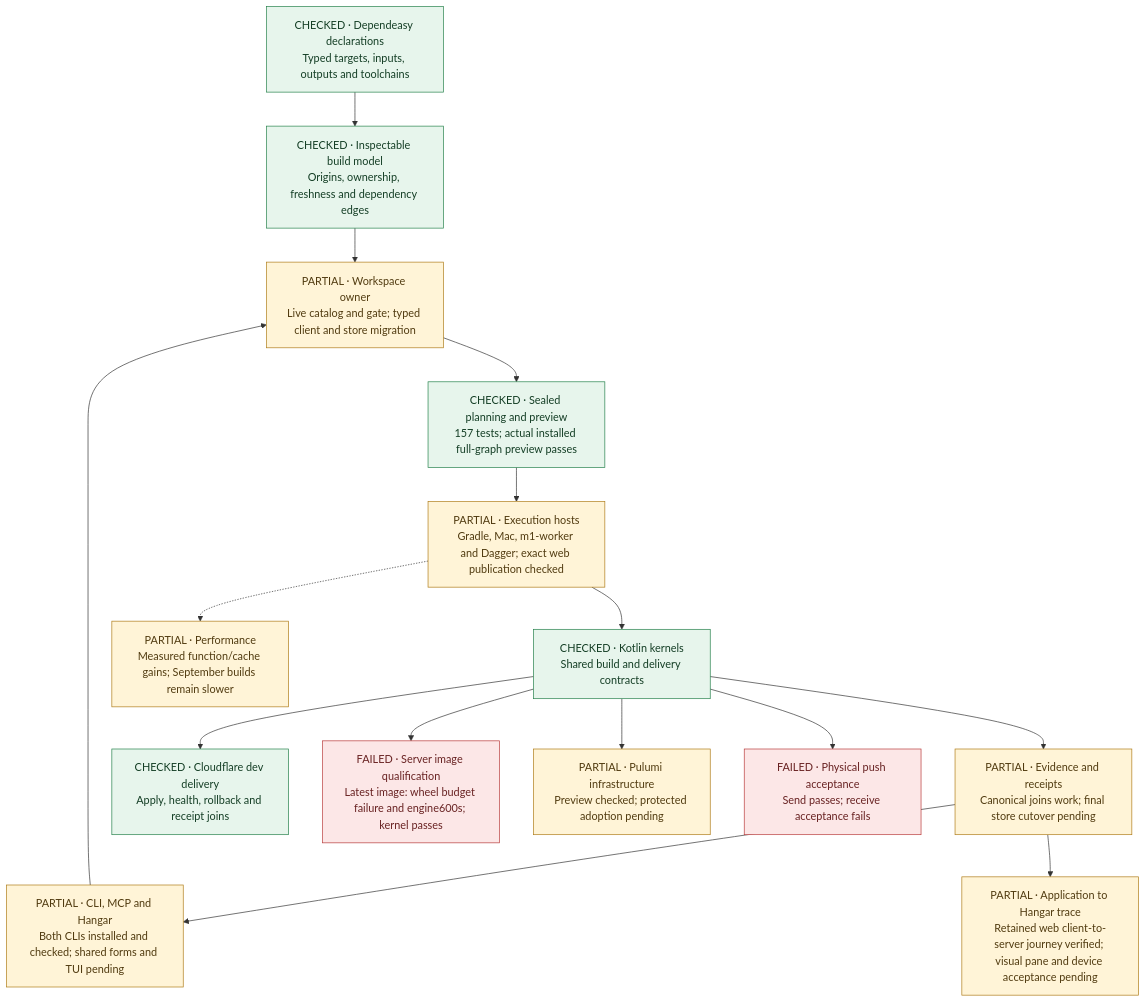
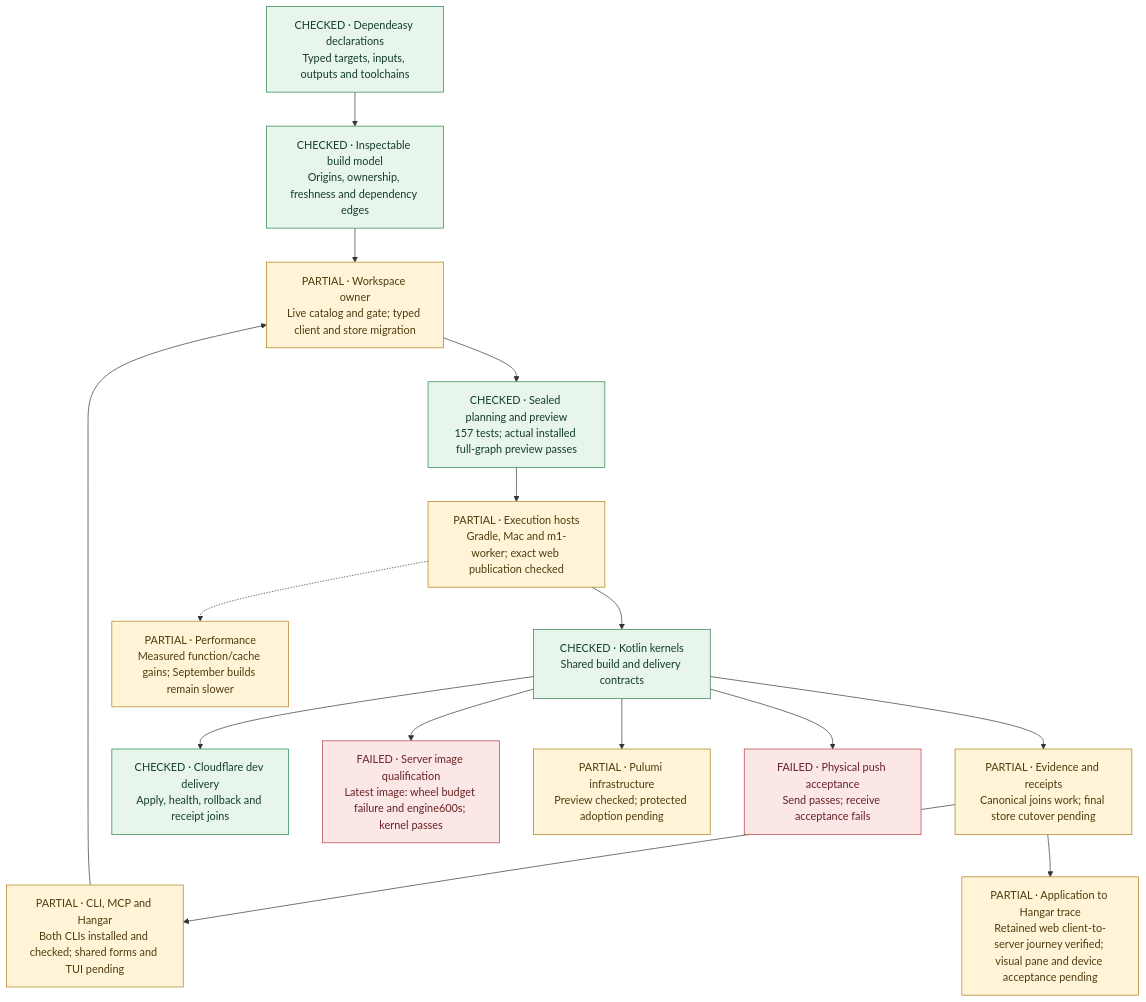
Before and after one commit to shibasis0801/reaktor: the diagram in reports/dependeasy-build-plane-hld-2026-10-28/hld-overview.mmd, drawn with Mermaid. The commit also changed 455 other files, not shown here.

```diff
--- a/reports/dependeasy-build-plane-hld-2026-10-28/hld-overview.mmd
+++ b/reports/dependeasy-build-plane-hld-2026-10-28/hld-overview.mmd
@@ -1,31 +1,31 @@
 flowchart TB
   declarations["CHECKED · Dependeasy declarations<br/>Typed targets, inputs, outputs and toolchains"]
   model["CHECKED · Inspectable build model<br/>Origins, ownership, freshness and dependency edges"]
   clients["PARTIAL · CLI, MCP and Hangar<br/>Both CLIs installed and checked; shared forms and TUI pending"]
   owner["PARTIAL · Workspace owner<br/>Live catalog and gate; typed client and store migration"]
   plan["CHECKED · Sealed planning and preview<br/>157 tests; actual installed full-graph preview passes"]
-  execution["PARTIAL · Execution hosts<br/>Gradle, Mac, m1-worker and Dagger; exact web publication checked"]
+  execution["PARTIAL · Execution hosts<br/>Gradle, Mac and m1-worker; exact web publication checked"]
   kernels["CHECKED · Kotlin kernels<br/>Shared build and delivery contracts"]
   evidence["PARTIAL · Evidence and receipts<br/>Canonical joins work; final store cutover pending"]
   workers["CHECKED · Cloudflare dev delivery<br/>Apply, health, rollback and receipt joins"]
   server["FAILED · Server image qualification<br/>Latest image: wheel budget failure and engine600s; kernel passes"]
   infra["PARTIAL · Pulumi infrastructure<br/>Preview checked; protected adoption pending"]
   phones["FAILED · Physical push acceptance<br/>Send passes; receive acceptance fails"]
   telemetry["PARTIAL · Application to Hangar trace<br/>Retained web client-to-server journey verified; visual pane and device acceptance pending"]
   performance["PARTIAL · Performance<br/>Measured function/cache gains; September builds remain slower"]
   declarations --> model
   model --> owner
   clients --> owner --> plan --> execution --> kernels
   kernels --> workers
   kernels --> server
   kernels --> infra
   kernels --> phones
   kernels --> evidence --> clients
   evidence --> telemetry
   execution -.-> performance
   classDef checked fill:#e7f5ec,stroke:#24804a,color:#143e25
   classDef partial fill:#fff4d7,stroke:#ae7b17,color:#513b10
   classDef failed fill:#fce7e7,stroke:#b83b3b,color:#682222
   class declarations,model,plan,kernels,workers checked
   class clients,owner,execution,evidence,infra,telemetry,performance partial
   class server,phones failed
```
